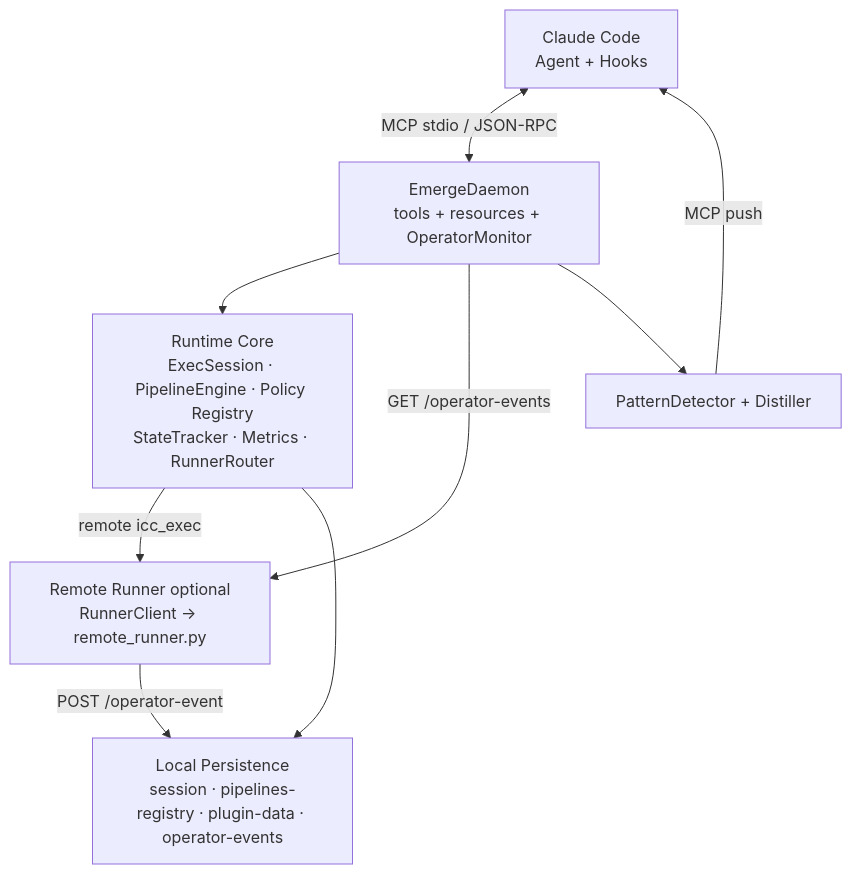
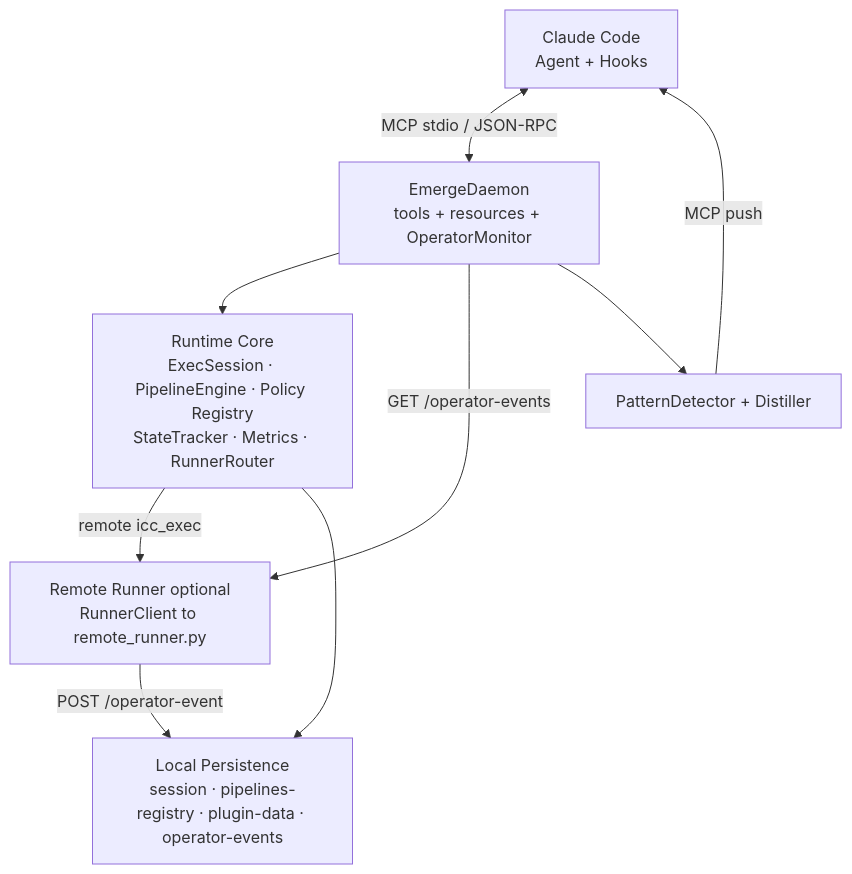
Before and after one commit to jianzhichun/emerge: the first of 4 diagrams in README.md, drawn with Mermaid.

Commit message:
docs: clarify README.md by updating Remote Runner description

````diff
--- a/README.md
+++ b/README.md
@@ -20,18 +20,18 @@
 ```mermaid
 flowchart TB
   CC[Claude Code<br/>Agent + Hooks]
   D[EmergeDaemon<br/>tools + resources + OperatorMonitor]
   C[Runtime Core<br/>ExecSession · PipelineEngine · Policy Registry<br/>StateTracker · Metrics · RunnerRouter]
-  R[Remote Runner optional<br/>RunnerClient -> remote_runner.py]
+  R[Remote Runner optional<br/>RunnerClient to remote_runner.py]
   P[Local Persistence<br/>session · pipelines-registry · plugin-data · operator-events]
   X[PatternDetector + Distiller]
 
   CC <-->|MCP stdio / JSON-RPC| D
   D --> C
   C -->|remote icc_exec| R
   R -->|POST /operator-event| P
   D -->|GET /operator-events| R
   D --> X
   X -->|MCP push| CC
   C --> P
 ```
````
